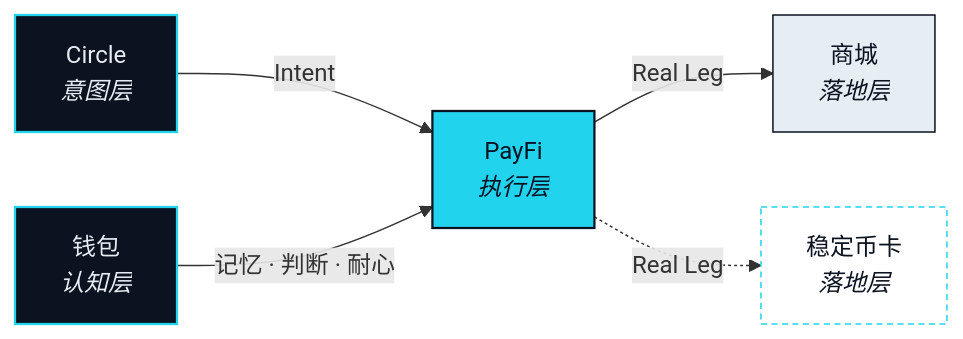
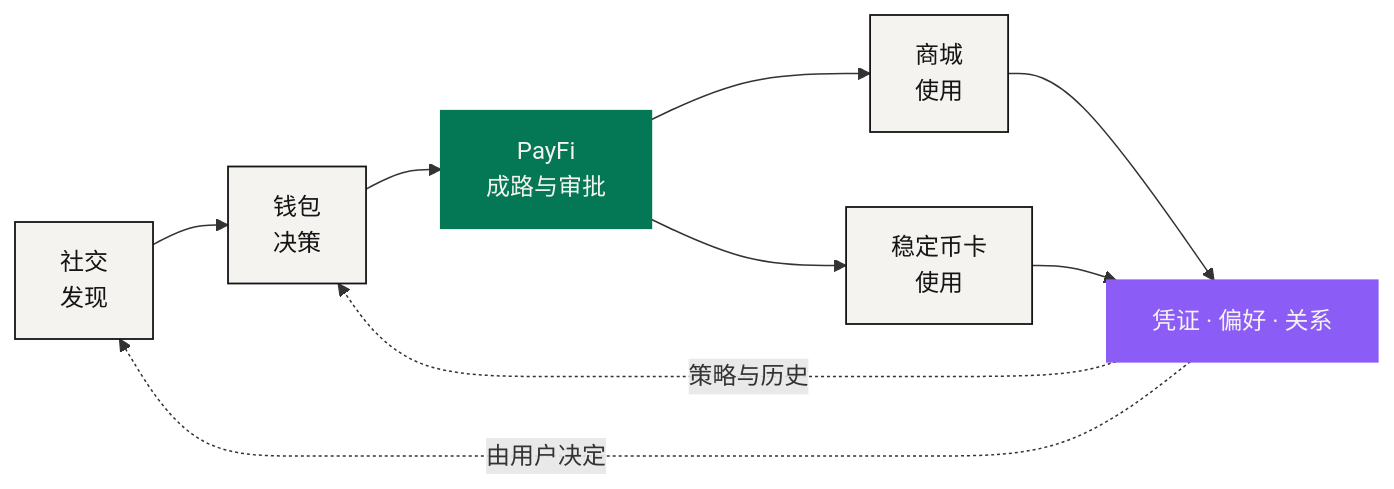
One commit to NEXONMarkets/NEXON-Whitepaper changed the diagram in docs/zh/04-product-stack/README.md. Above: the diagram before and after it, drawn with Mermaid. The commit also changed other lines of this file and 85 other files, not shown here.

````diff
--- a/docs/zh/04-product-stack/README.md
+++ b/docs/zh/04-product-stack/README.md
@@ -27,16 +58,17 @@
 ```mermaid
 flowchart LR
-    C["Circle<br/><i>意图层</i>"] -->|"Intent"| P["PayFi<br/><i>执行层</i>"]
-    W["钱包<br/><i>认知层</i>"] -->|"记忆 · 判断 · 耐心"| P
-    P -->|"Real Leg"| M["商城<br/><i>落地层</i>"]
-    P -.->|"Real Leg"| K["稳定币卡<br/><i>落地层</i>"]
-    %% NEXON palette v0 · placeholder until VI locks
-    classDef navy  fill:#0B1220,stroke:#22D3EE,stroke-width:1.5px,color:#E6EDF3
-    classDef cyan  fill:#22D3EE,stroke:#0B1220,stroke-width:1.5px,color:#0B1220
-    classDef light fill:#E6EDF3,stroke:#0B1220,stroke-width:1px,color:#0B1220
-    classDef ghost fill:#FFFFFF,stroke:#22D3EE,stroke-width:1px,stroke-dasharray:4 3,color:#0B1220
-    class C,W navy
-    class P cyan
-    class M light
-    class K ghost
+    S["社交<br/>发现"] --> W["钱包<br/>决策"]
+    W --> P["PayFi<br/>成路与审批"]
+    P --> M["商城<br/>使用"]
+    P --> C["稳定币卡<br/>使用"]
+    M --> R["凭证 · 偏好 · 关系"]
+    C --> R
+    R -. "由用户决定" .-> S
+    R -. "策略与历史" .-> W
+    classDef anchor fill:#047854,stroke:#047854,stroke-width:1.5px,color:#F5F3F0
+    classDef engine fill:#8B5CF6,stroke:#8B5CF6,stroke-width:1.5px,color:#F5F3F0
+    classDef solid  fill:#F5F3F0,stroke:#141414,stroke-width:1.2px,color:#141414
+    class S,W,M,C solid
+    class P anchor
+    class R engine
 ```
````
